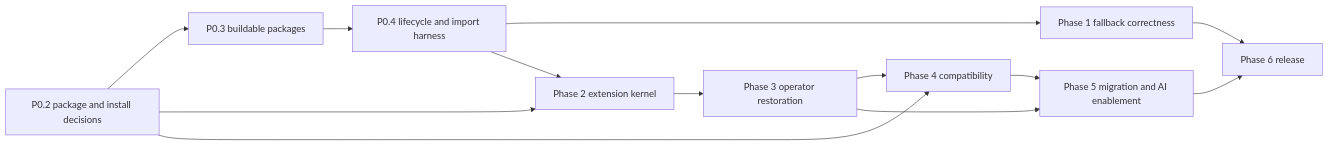
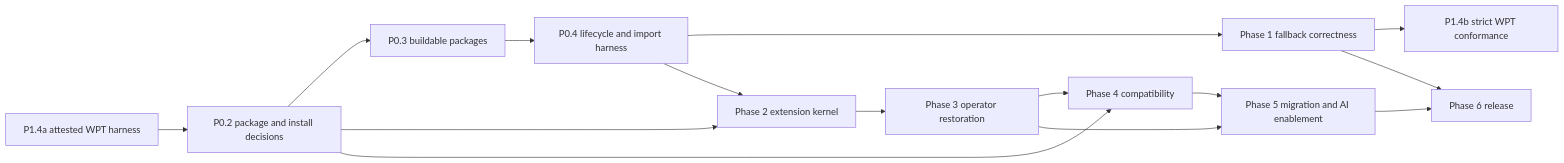
One commit to ReactiveX/rxjs changed the diagram in docs/rxjs-next/PROJECT_PLAN.md. Above: the diagram before and after it, drawn with Mermaid. The commit also changed other lines of this file and 96 other files, not shown here.

Commit message:
test(wpt): add attested observable conformance harness

````diff
--- a/docs/rxjs-next/PROJECT_PLAN.md
+++ b/docs/rxjs-next/PROJECT_PLAN.md
@@ -206,15 +278,17 @@
 ```mermaid
 flowchart LR
-    Boundary["P0.2 package and install decisions"] --> Build["P0.3 buildable packages"]
+    WptHarness["P1.4a attested WPT harness"] --> Boundary["P0.2 package and install decisions"]
+    Boundary --> Build["P0.3 buildable packages"]
     Build --> Harness["P0.4 lifecycle and import harness"]
     Harness --> Fallback["Phase 1 fallback correctness"]
+    Fallback --> WptStrict["P1.4b strict WPT conformance"]
     Boundary --> Kernel["Phase 2 extension kernel"]
     Harness --> Kernel
     Kernel --> Operators["Phase 3 operator restoration"]
     Boundary --> Compat["Phase 4 compatibility"]
     Operators --> Compat
     Compat --> Migration["Phase 5 migration and AI enablement"]
     Operators --> Migration
     Fallback --> Release["Phase 6 release"]
     Migration --> Release
 ```
````
